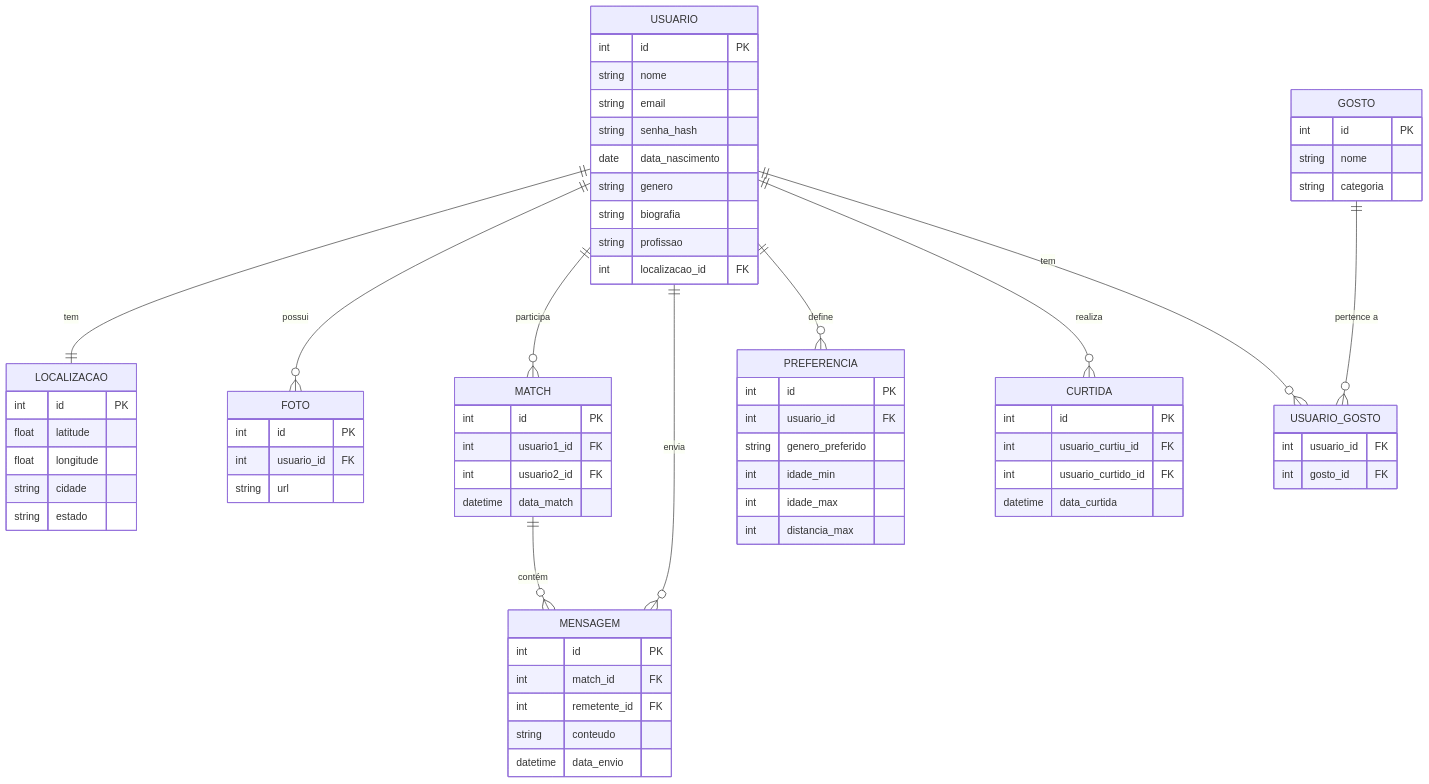
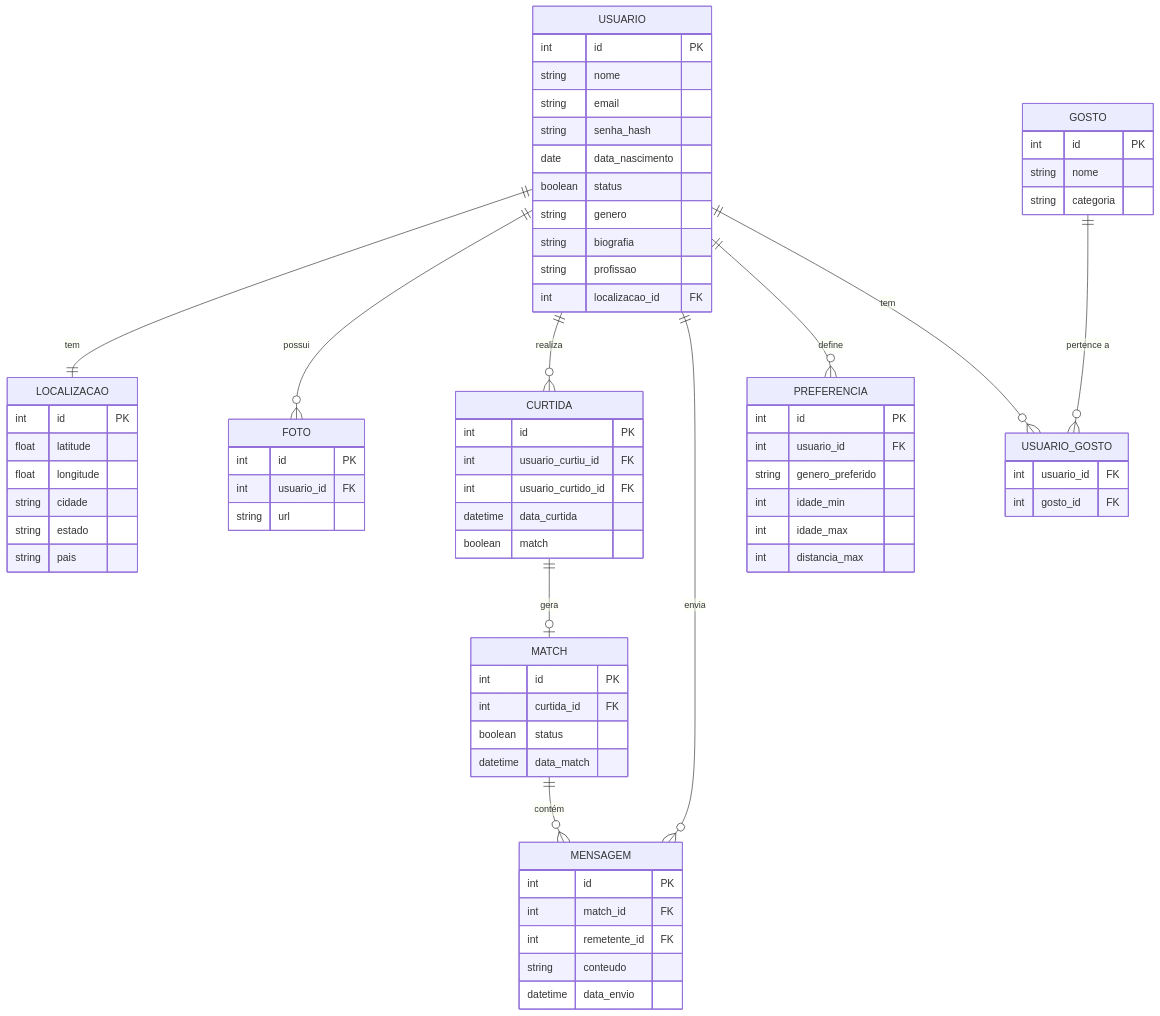
The diagram in estrutura.mermaid (UnPapo/unpapo-back), drawn with Mermaid before and after one commit.

Commit message:
upate system match  estrutura.mermaid

```diff
--- a/estrutura.mermaid
+++ b/estrutura.mermaid
@@ -1,70 +1,73 @@
 erDiagram
     USUARIO {
         int id PK
         string nome
         string email
         string senha_hash
         date data_nascimento
+        boolean status
         string genero
         string biografia
         string profissao
         int localizacao_id FK
     }
     LOCALIZACAO {
         int id PK
         float latitude
         float longitude
         string cidade
         string estado
+        string pais
     }
     FOTO {
         int id PK
         int usuario_id FK
         string url
     }
+    CURTIDA {
+        int id PK
+        int usuario_curtiu_id FK
+        int usuario_curtido_id FK
+        datetime data_curtida
+        boolean match
+    }
     MATCH {
         int id PK
-        int usuario1_id FK
-        int usuario2_id FK
+        int curtida_id FK
+        boolean status
         datetime data_match
     }
     MENSAGEM {
         int id PK
         int match_id FK
         int remetente_id FK
         string conteudo
         datetime data_envio
     }
     PREFERENCIA {
         int id PK
         int usuario_id FK
         string genero_preferido
         int idade_min
         int idade_max
         int distancia_max
     }
-    CURTIDA {
-        int id PK
-        int usuario_curtiu_id FK
-        int usuario_curtido_id FK
-        datetime data_curtida
-    }
     GOSTO {
         int id PK
         string nome
         string categoria
     }
     USUARIO_GOSTO {
         int usuario_id FK
         int gosto_id FK
     }
 
     USUARIO ||--|| LOCALIZACAO : "tem"
     USUARIO ||--o{ FOTO : "possui"
-    USUARIO ||--o{ MATCH : "participa"
+    USUARIO ||--o{ CURTIDA : "realiza"
     USUARIO ||--o{ MENSAGEM : "envia"
     USUARIO ||--o{ PREFERENCIA : "define"
-    USUARIO ||--o{ CURTIDA : "realiza"
     USUARIO ||--o{ USUARIO_GOSTO : "tem"
     GOSTO ||--o{ USUARIO_GOSTO : "pertence a"
+    CURTIDA ||--o| MATCH : "gera"
     MATCH ||--o{ MENSAGEM : "contém"
```
